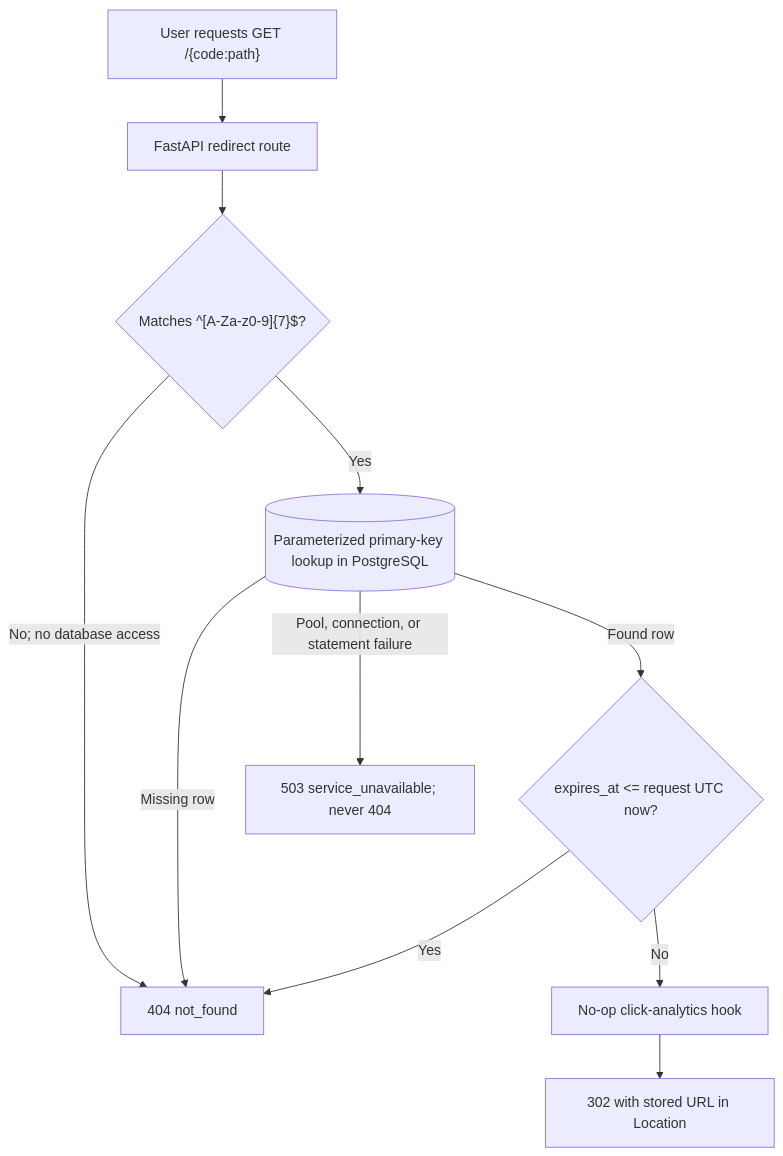
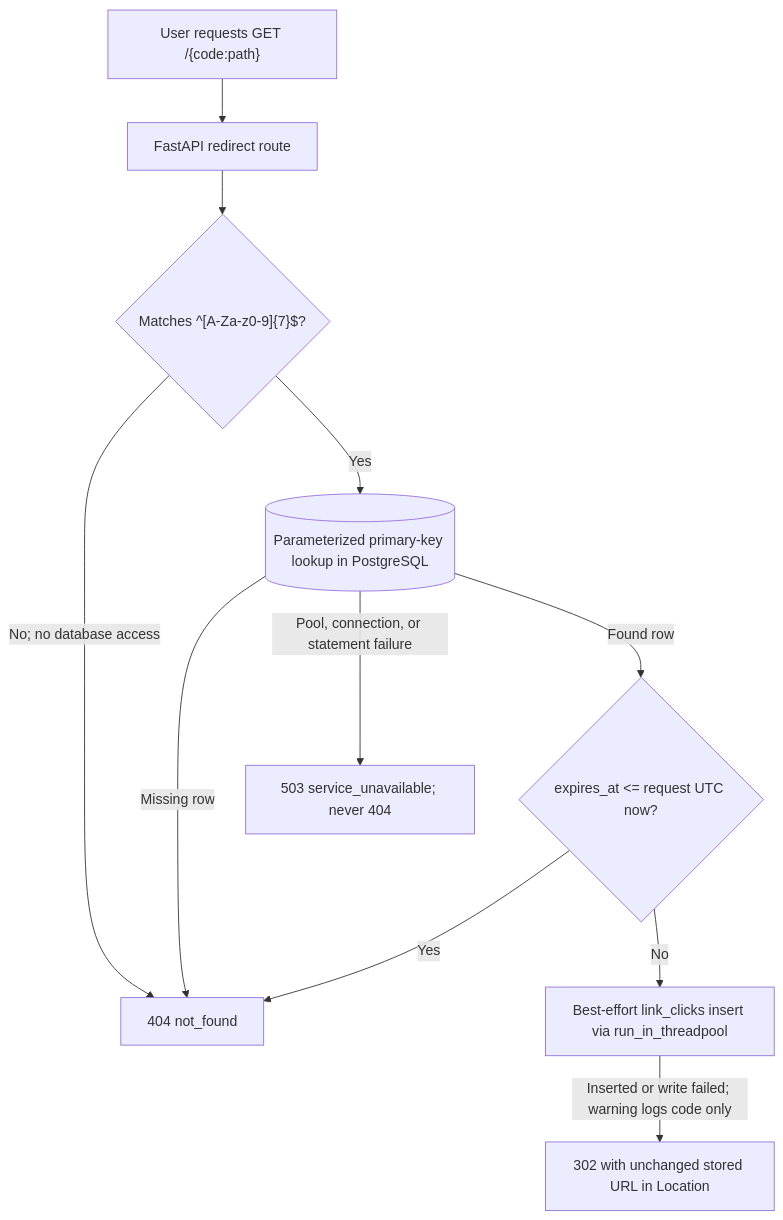
Before and after one commit to jannisrufina/AI-URL-Shortner: the second of 2 diagrams in docs/architecture.md, drawn with Mermaid. The commit also changed other lines of this file and 11 other files, not shown here.

````diff
--- a/docs/architecture.md
+++ b/docs/architecture.md
@@ -49,13 +49,13 @@
 ```mermaid
 flowchart TD
     U["User requests GET /{code:path}"] --> A["FastAPI redirect route"]
     A --> C{"Matches ^[A-Za-z0-9]{7}$?"}
     C -->|No; no database access| NF["404 not_found"]
     C -->|Yes| DB[("Parameterized primary-key lookup in PostgreSQL")]
     DB -->|Missing row| NF
     DB -->|Pool, connection, or statement failure| S503["503 service_unavailable; never 404"]
     DB -->|Found row| X{"expires_at <= request UTC now?"}
     X -->|Yes| NF
-    X -->|No| H["No-op click-analytics hook"]
-    H --> R["302 with stored URL in Location"]
+    X -->|No| H["Best-effort link_clicks insert via run_in_threadpool"]
+    H -->|Inserted or write failed; warning logs code only| R["302 with unchanged stored URL in Location"]
 ```
````
